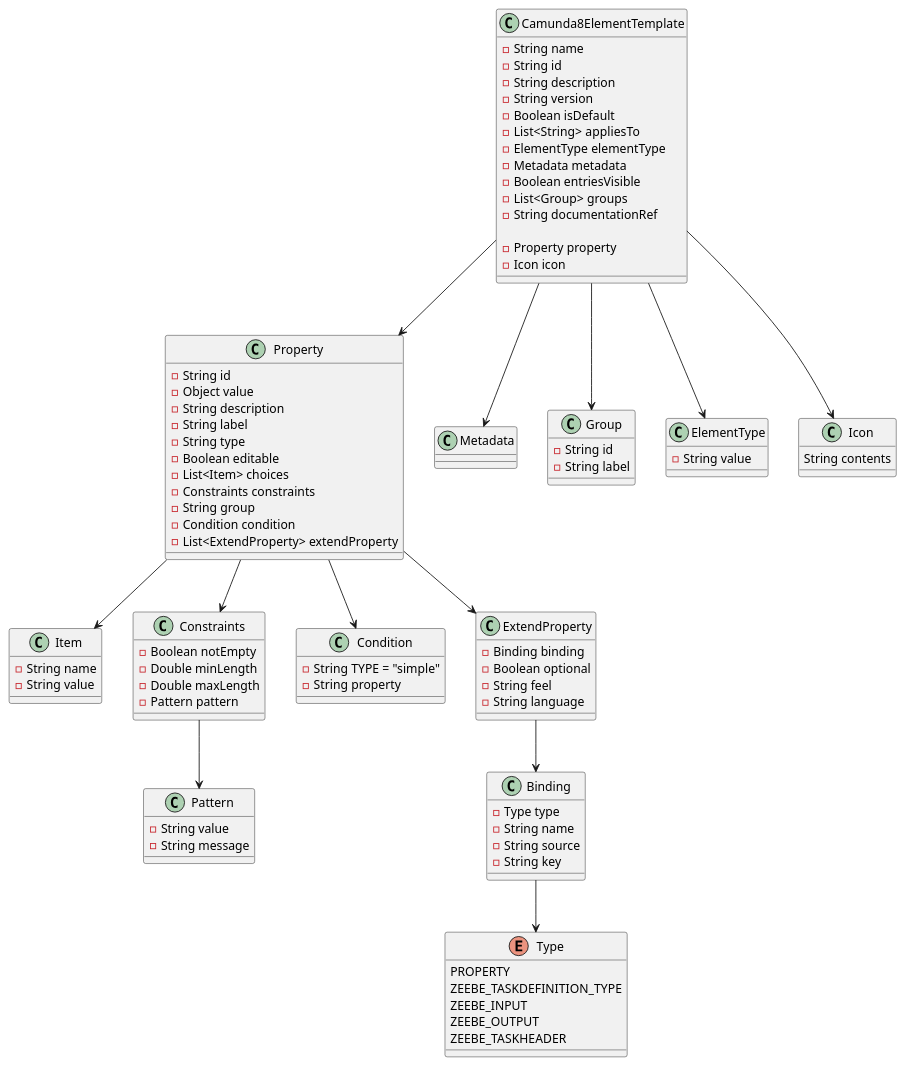
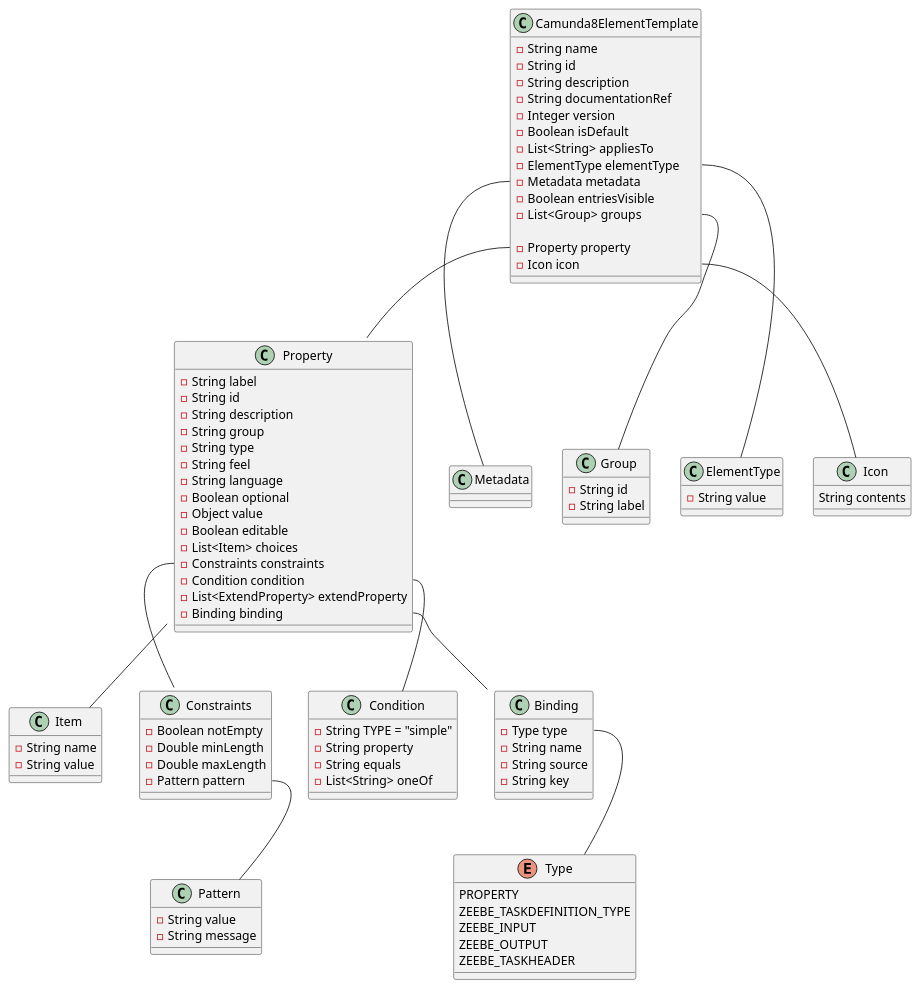
Before and after one commit to Miragon/miranum: the diagram in connect/connect-c8/element-template-c8/docs/Camunda8ElementTemplates.puml, drawn with PlantUML.

Commit message:
feat(element-template): update class diagram

```diff
--- a/connect/connect-c8/element-template-c8/docs/Camunda8ElementTemplates.puml
+++ b/connect/connect-c8/element-template-c8/docs/Camunda8ElementTemplates.puml
@@ -1,127 +1,124 @@
 @startuml
 class Camunda8ElementTemplate {
 
     - String name
     - String id
     - String description
-    - String version
+    - String documentationRef
+    - Integer version
     - Boolean isDefault
     - List<String> appliesTo
     - ElementType elementType
     - Metadata metadata
     - Boolean entriesVisible
     - List<Group> groups
-    - String documentationRef
 
     - Property property
     - Icon icon
+    
 }
-Camunda8ElementTemplate --> Property
-Camunda8ElementTemplate --> Metadata
-Camunda8ElementTemplate --> Group
-Camunda8ElementTemplate --> ElementType
-Camunda8ElementTemplate --> Icon
+Camunda8ElementTemplate::property -- Property
+Camunda8ElementTemplate::metadata -- Metadata
+Camunda8ElementTemplate::group -- Group
+Camunda8ElementTemplate::elementType -- ElementType
+Camunda8ElementTemplate::icon -- Icon
 
 class Metadata {}
 
 class Group {
 
     - String id
     - String label
 
 }
 
 class ElementType {
 
     - String value
 
 }
 
 class Icon {
 
     String contents
 
 }
 
 class Property {
 
+    - String label
     - String id
+    - String description
+    - String group
+    - String type
+    - String feel
+    - String language
+    - Boolean optional
     - Object value
-    - String description
-    - String label
-    - String type
     - Boolean editable
     - List<Item> choices
     - Constraints constraints
-    - String group
     - Condition condition
     - List<ExtendProperty> extendProperty
+    - Binding binding
 
 }
-Property --> Item
-Property --> Constraints
-Property --> Condition
-Property --> ExtendProperty
+Property::item -- Item
+Property::constraints -- Constraints
+Property::condition -- Condition
+Property::binding -- Binding
 
 class Item {
 
     - String name
     - String value
 
 }
 
 class Condition {
 
     - String TYPE = "simple"
     - String property
+    - String equals
+    - List<String> oneOf
 
 }
 
 class Constraints {
 
     - Boolean notEmpty
     - Double minLength
     - Double maxLength
     - Pattern pattern
 
 }
-Constraints --> Pattern
+Constraints::pattern -- Pattern
 
 class Pattern {
 
     - String value
     - String message
 
 }
-
-class ExtendProperty {
-
-    - Binding binding
-    - Boolean optional
-    - String feel
-    - String language
-
-}
-ExtendProperty --> Binding
 
 class Binding {
 
     - Type type
     - String name
     - String source
     - String key
 
 }
-Binding --> Type
+Binding::type -- Type
 
 enum Type {
 
     PROPERTY
     ZEEBE_TASKDEFINITION_TYPE
     ZEEBE_INPUT
     ZEEBE_OUTPUT
     ZEEBE_TASKHEADER
 
 }
 
 @enduml
```
